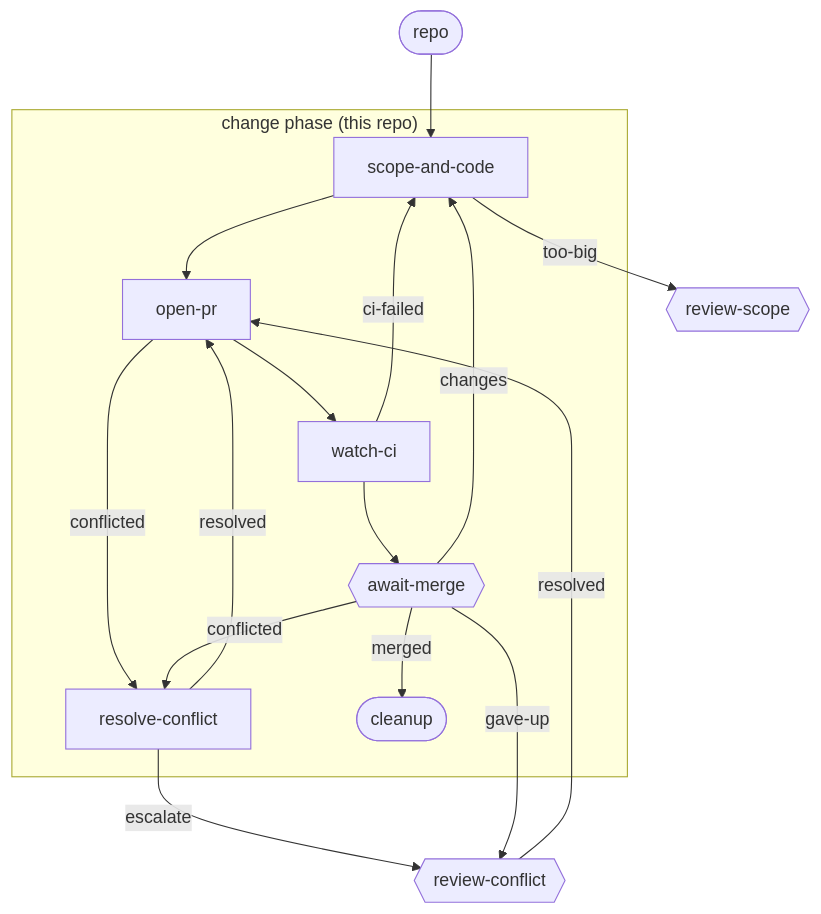
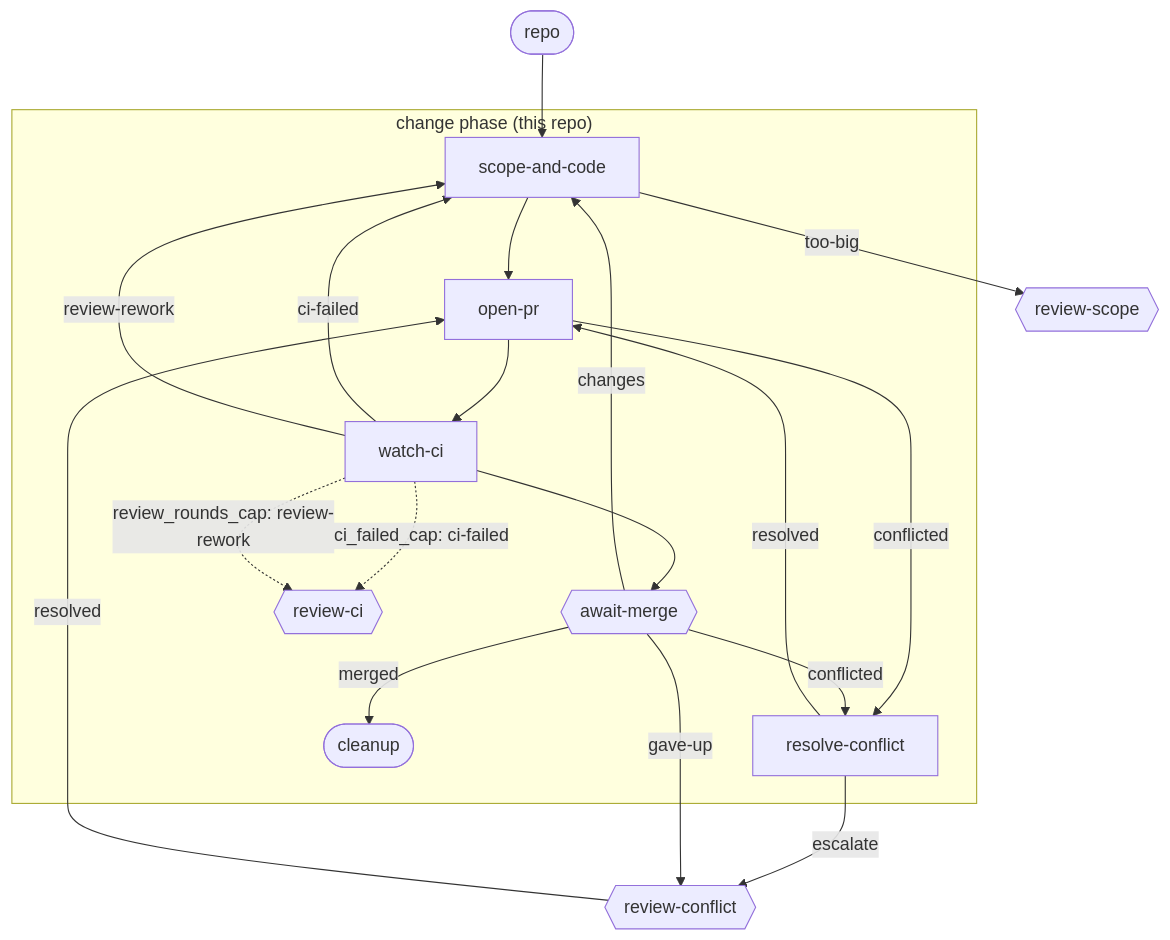
Before and after one commit to kenmclennan/lightcycle-workflows: the diagram in docs/small-change.md, drawn with Mermaid. The commit also changed other lines of this file and 10 other files, not shown here.

First line of the commit message:
feat(steps): give watch-ci a review-rework outcome with its own cap (#223)

````diff
--- a/docs/small-change.md
+++ b/docs/small-change.md
@@ -15,17 +15,20 @@
 ```mermaid
 flowchart TD
     repo(["repo"]) --> SAC["scope-and-code"]
     SAC -->|too-big| RS{{"review-scope"}}
     subgraph P ["change phase (this repo)"]
         SAC --> OP["open-pr"] --> WCI["watch-ci"] --> AM{{"await-merge"}}
         WCI -->|ci-failed| SAC
+        WCI -->|review-rework| SAC
+        WCI -.->|"ci_failed_cap: ci-failed"| RCI{{"review-ci"}}
+        WCI -.->|"review_rounds_cap: review-rework"| RCI
         AM -->|changes| SAC
         OP -->|conflicted| RCF["resolve-conflict"]
         AM -->|conflicted| RCF
         RCF -->|resolved| OP
         AM -->|merged| CU(["cleanup"])
     end
     RCF -->|escalate| RCON{{"review-conflict"}}
     AM -->|gave-up| RCON
     RCON -->|resolved| OP
 ```
````
